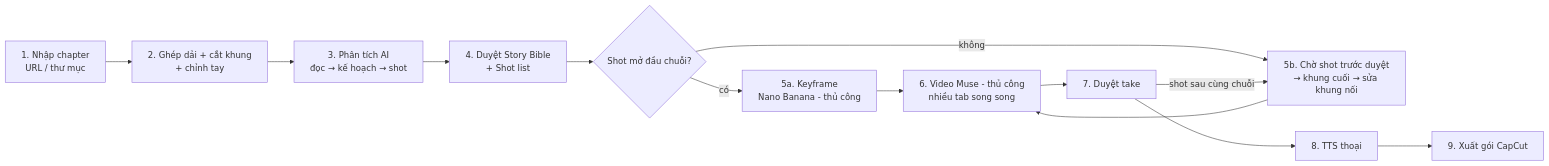
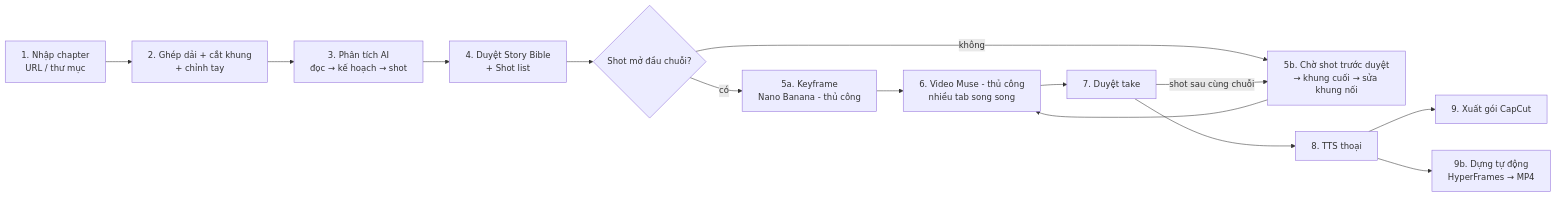
The first of 2 diagrams in docs/SPEC.md (biniter1/comic-film-studio), drawn with Mermaid before and after one commit. The commit also changed other lines of this file and 3 other files, not shown here.

First line of the commit message:
docs: phase 0 review, repro tests, SPEC job-runner rules and HyperFrames assembly (§8b)

````diff
--- a/docs/SPEC.md
+++ b/docs/SPEC.md
@@ -46,15 +46,16 @@
 ```mermaid
 flowchart LR
   A[1. Nhập chapter<br/>URL / thư mục] --> B[2. Ghép dải + cắt khung<br/>+ chỉnh tay]
   B --> C[3. Phân tích AI<br/>đọc → kế hoạch → shot]
   C --> D[4. Duyệt Story Bible<br/>+ Shot list]
   D --> E{Shot mở đầu chuỗi?}
   E -- có --> F[5a. Keyframe<br/>Nano Banana - thủ công]
   E -- không --> G[5b. Chờ shot trước duyệt<br/>→ khung cuối → sửa khung nối]
   F --> H[6. Video Muse - thủ công<br/>nhiều tab song song]
   G --> H
   H --> I[7. Duyệt take]
   I -- shot sau cùng chuỗi --> G
   I --> J[8. TTS thoại]
   J --> K[9. Xuất gói CapCut]
+  J --> L[9b. Dựng tự động<br/>HyperFrames → MP4]
 ```
````
